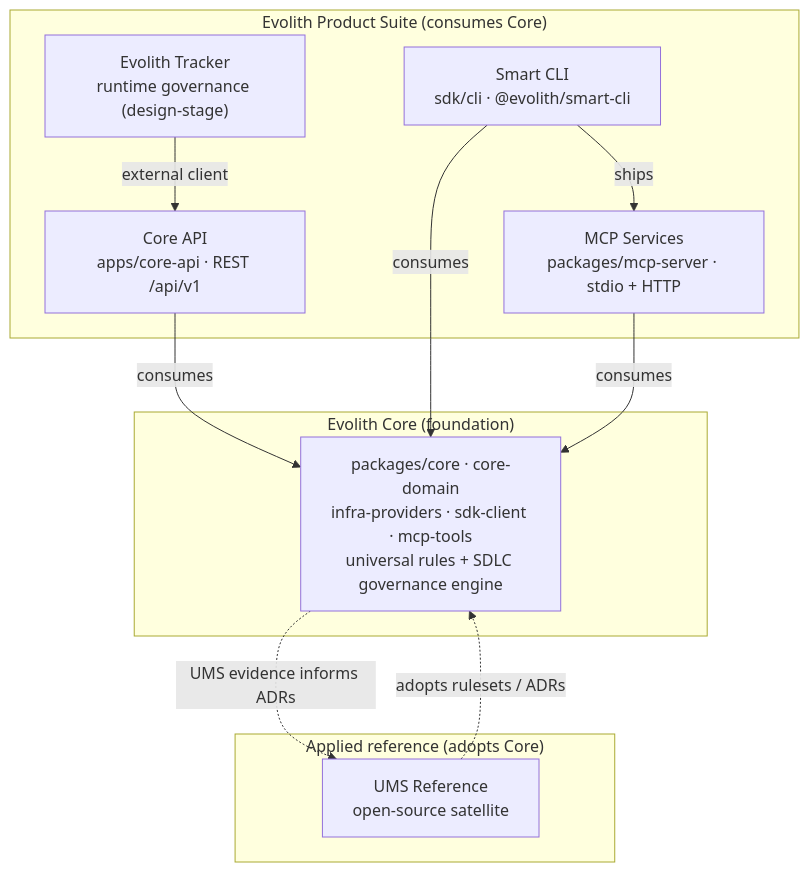
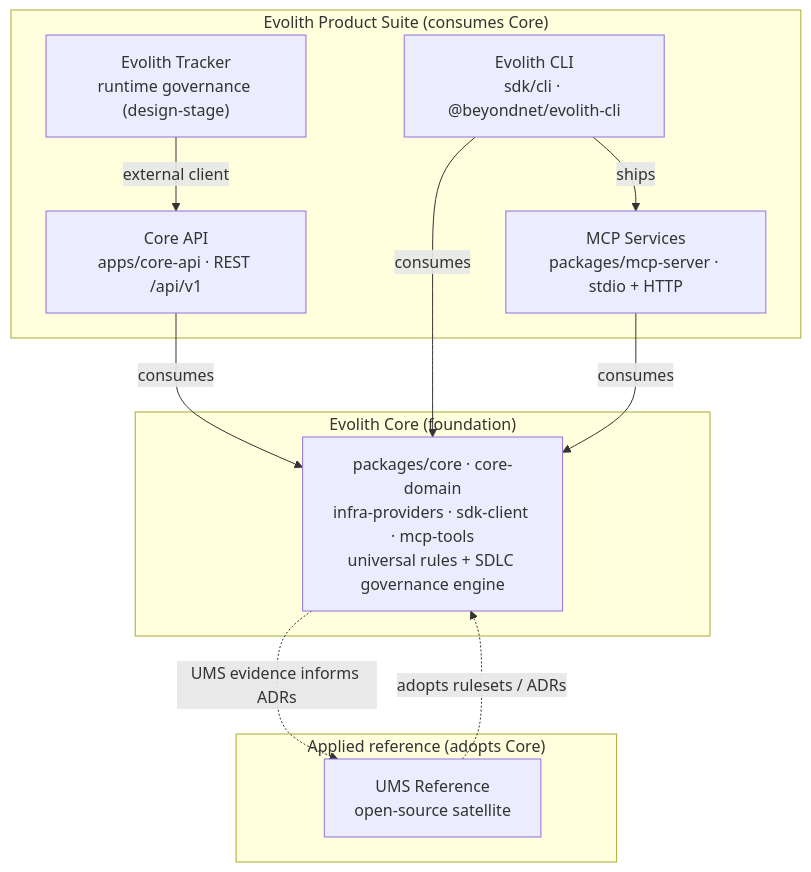
Before and after one commit to beyondnetcode/evolith_arch32: the first of 4 diagrams in product/products/ecosystem-and-communication.md, drawn with Mermaid. The commit also changed other lines of this file and 195 other files, not shown here.

First line of the commit message:
refactor(brand): align "Smart CLI" → "Evolith CLI" across docs, code, npm, and assemblies

````diff
--- a/product/products/ecosystem-and-communication.md
+++ b/product/products/ecosystem-and-communication.md
@@ -23,26 +23,26 @@
 ```mermaid
 graph TD
     subgraph Foundation["Evolith Core (foundation)"]
         CORE["packages/core · core-domain<br/>infra-providers · sdk-client · mcp-tools<br/>universal rules + SDLC governance engine"]
     end
 
     subgraph Suite["Evolith Product Suite (consumes Core)"]
         API["Core API<br/>apps/core-api · REST /api/v1"]
-        CLI["Smart CLI<br/>sdk/cli · @evolith/smart-cli"]
+        CLI["Evolith CLI<br/>sdk/cli · @beyondnet/evolith-cli"]
         MCP["MCP Services<br/>packages/mcp-server · stdio + HTTP"]
         TRK["Evolith Tracker<br/>runtime governance (design-stage)"]
     end
 
     subgraph Reference["Applied reference (adopts Core)"]
         UMS["UMS Reference<br/>open-source satellite"]
     end
 
     API -->|consumes| CORE
     CLI -->|consumes| CORE
     MCP -->|consumes| CORE
     CLI -->|ships| MCP
     TRK -->|external client| API
     UMS -.->|adopts rulesets / ADRs| CORE
 
     CORE -.->|UMS evidence informs ADRs| UMS
 ```
````
